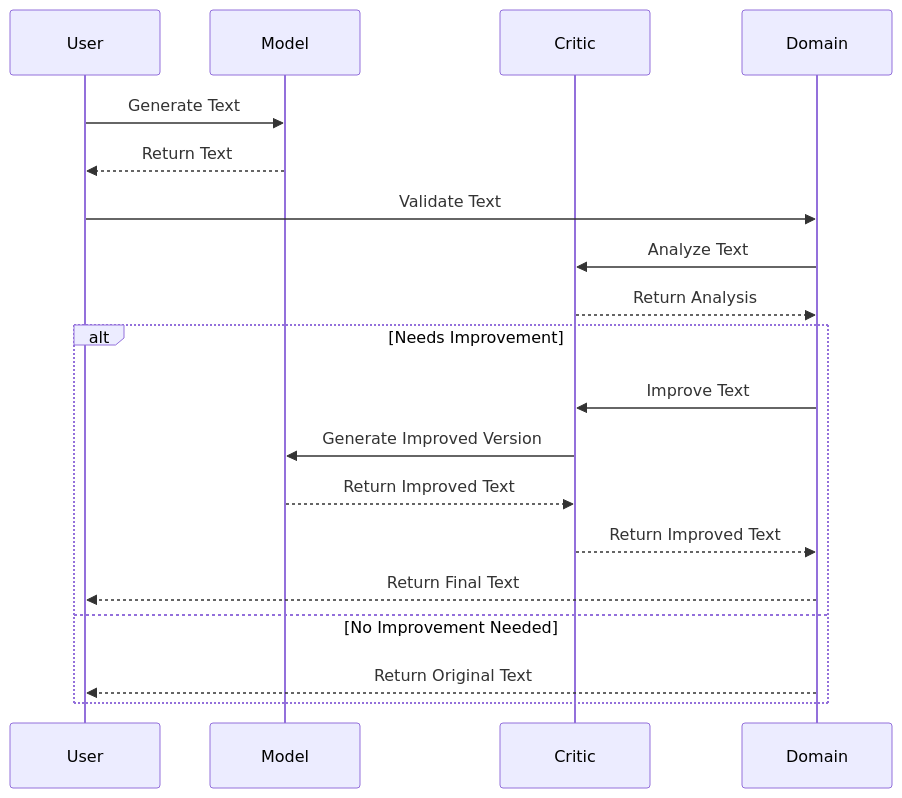
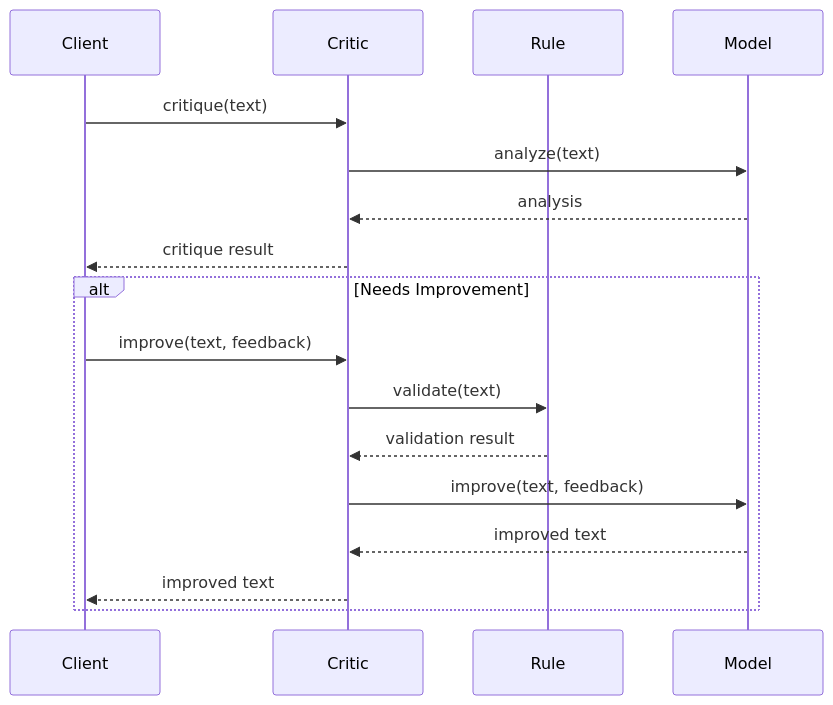
The fifth of 9 diagrams in docs/architecture/diagrams/component_relationships.md (sifaka-ai/sifaka), drawn with Mermaid before and after one commit. The commit also changed other lines of this file and 12 other files, not shown here.

````diff
--- a/docs/architecture/diagrams/component_relationships.md
+++ b/docs/architecture/diagrams/component_relationships.md
@@ -102,24 +124,21 @@
 ```mermaid
 sequenceDiagram
-    participant User
+    participant Client
+    participant Critic
+    participant Rule
     participant Model
-    participant Critic
-    participant Domain
 
-    User->>Model: Generate Text
-    Model-->>User: Return Text
-
-    User->>Domain: Validate Text
-    Domain->>Critic: Analyze Text
-    Critic-->>Domain: Return Analysis
+    Client->>Critic: critique(text)
+    Critic->>Model: analyze(text)
+    Model-->>Critic: analysis
+    Critic-->>Client: critique result
 
     alt Needs Improvement
-        Domain->>Critic: Improve Text
-        Critic->>Model: Generate Improved Version
-        Model-->>Critic: Return Improved Text
-        Critic-->>Domain: Return Improved Text
-        Domain-->>User: Return Final Text
-    else No Improvement Needed
-        Domain-->>User: Return Original Text
+        Client->>Critic: improve(text, feedback)
+        Critic->>Rule: validate(text)
+        Rule-->>Critic: validation result
+        Critic->>Model: improve(text, feedback)
+        Model-->>Critic: improved text
+        Critic-->>Client: improved text
     end
 ```
````
